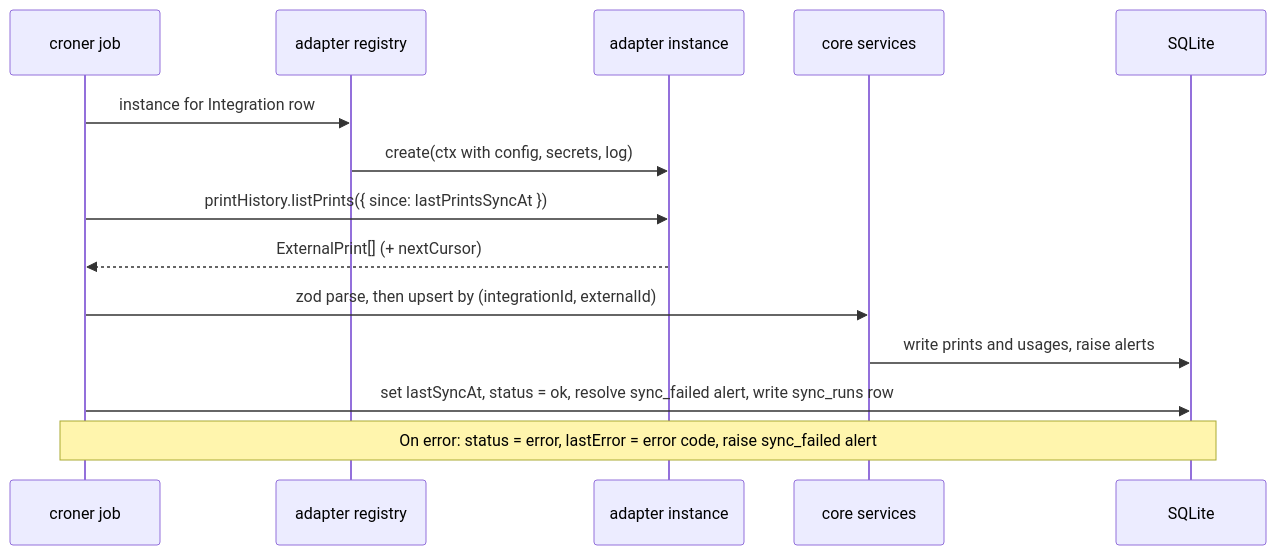
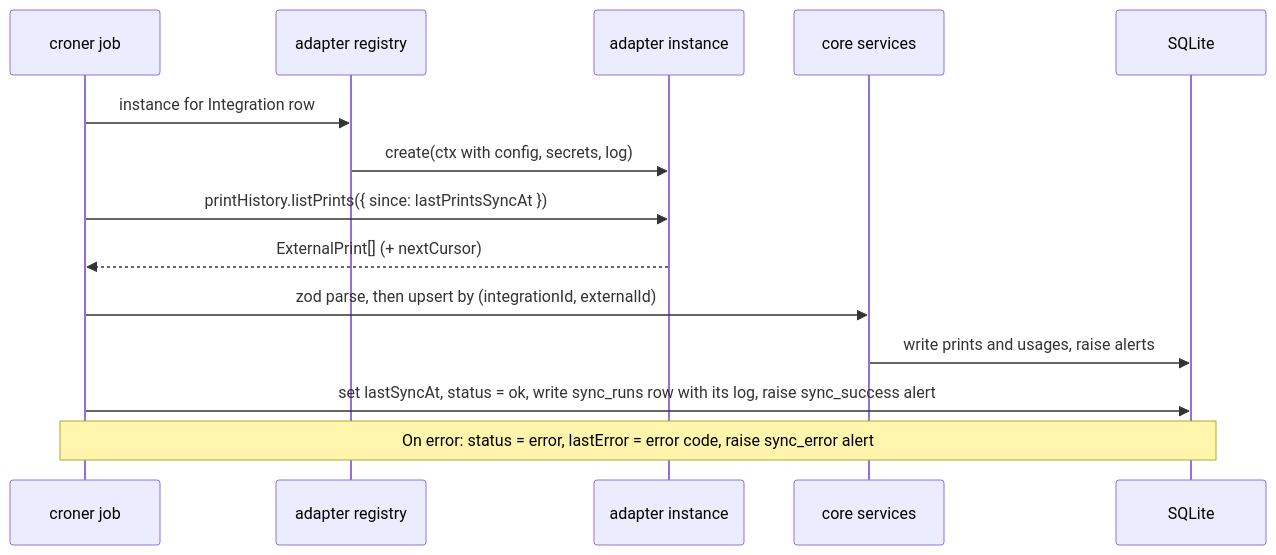
One commit to emanuelmoniz/3d-maker-suite changed the third of 3 diagrams in docs/architecture.md. Above: the diagram before and after it, drawn with Mermaid. The commit also changed other lines of this file and 19 other files, not shown here.

````diff
--- a/docs/architecture.md
+++ b/docs/architecture.md
@@ -204,16 +204,16 @@
 ```mermaid
 sequenceDiagram
   participant Job as croner job
   participant Reg as adapter registry
   participant Ad as adapter instance
   participant Core as core services
   participant DB as SQLite
   Job->>Reg: instance for Integration row
   Reg->>Ad: create(ctx with config, secrets, log)
   Job->>Ad: printHistory.listPrints({ since: lastPrintsSyncAt })
   Ad-->>Job: ExternalPrint[] (+ nextCursor)
   Job->>Core: zod parse, then upsert by (integrationId, externalId)
   Core->>DB: write prints and usages, raise alerts
-  Job->>DB: set lastSyncAt, status = ok, resolve sync_failed alert, write sync_runs row
-  Note over Job,DB: On error: status = error, lastError = error code, raise sync_failed alert
+  Job->>DB: set lastSyncAt, status = ok, write sync_runs row with its log, raise sync_success alert
+  Note over Job,DB: On error: status = error, lastError = error code, raise sync_error alert
 ```
````
